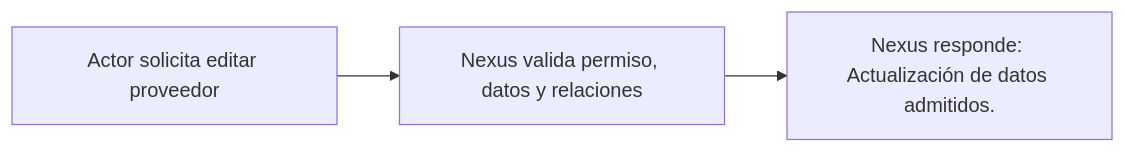
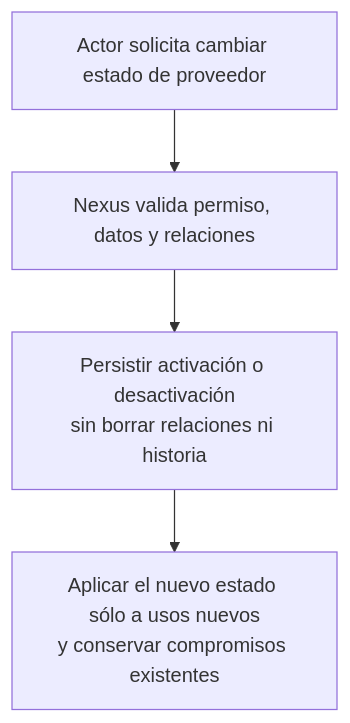
One commit to gpgsistemas01/nexus changed the diagram in docs/requirements/diagrams/catalogs/cu-cat-12.md. Above: the diagram before and after it, drawn with Mermaid. The commit also changed other lines of this file and 207 other files, not shown here.

````diff
--- a/docs/requirements/diagrams/catalogs/cu-cat-12.md
+++ b/docs/requirements/diagrams/catalogs/cu-cat-12.md
@@ -3,5 +3,6 @@
 ```mermaid
-flowchart LR
-    request["Actor solicita editar proveedor"] --> validate["Nexus valida permiso, datos y relaciones"]
-    validate --> result["Nexus responde: Actualización de datos admitidos."]
+flowchart TD
+    request["Actor solicita cambiar estado de proveedor"] --> validate["Nexus valida permiso, datos y relaciones"]
+    validate --> result["Persistir activación o desactivación<br/>sin borrar relaciones ni historia"]
+    result --> boundary["Aplicar el nuevo estado sólo a usos nuevos<br/>y conservar compromisos existentes"]
 ```
````
